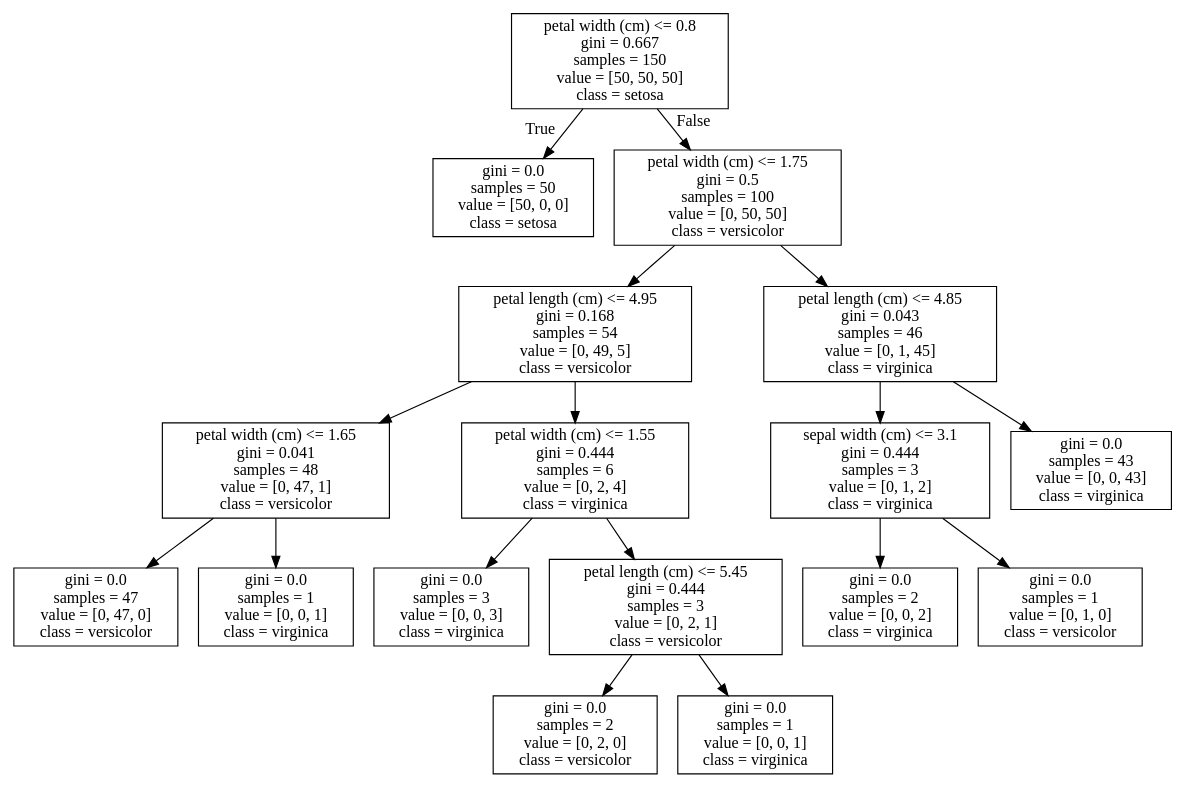
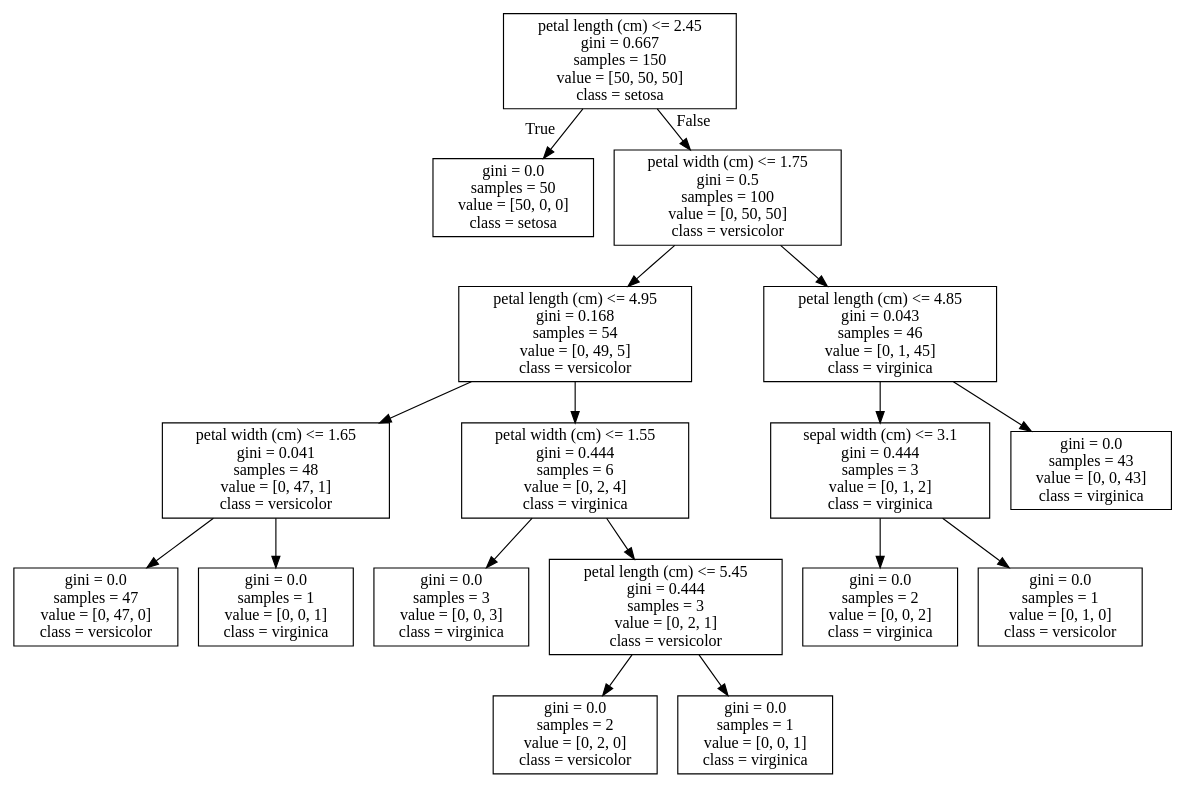
The diagram in pandas/tree.dot (IamZY/DataAnalysis), drawn with Graphviz before and after one commit. The commit also changed 1 other file, not shown here.

```diff
--- a/pandas/tree.dot
+++ b/pandas/tree.dot
@@ -1,36 +1,36 @@
 digraph Tree {
 node [shape=box] ;
-0 [label="petal width (cm) <= 0.8\ngini = 0.667\nsamples = 150\nvalue = [50, 50, 50]\nclass = setosa"] ;
+0 [label="petal length (cm) <= 2.45\ngini = 0.667\nsamples = 150\nvalue = [50, 50, 50]\nclass = setosa"] ;
 1 [label="gini = 0.0\nsamples = 50\nvalue = [50, 0, 0]\nclass = setosa"] ;
 0 -> 1 [labeldistance=2.5, labelangle=45, headlabel="True"] ;
 2 [label="petal width (cm) <= 1.75\ngini = 0.5\nsamples = 100\nvalue = [0, 50, 50]\nclass = versicolor"] ;
 0 -> 2 [labeldistance=2.5, labelangle=-45, headlabel="False"] ;
 3 [label="petal length (cm) <= 4.95\ngini = 0.168\nsamples = 54\nvalue = [0, 49, 5]\nclass = versicolor"] ;
 2 -> 3 ;
 4 [label="petal width (cm) <= 1.65\ngini = 0.041\nsamples = 48\nvalue = [0, 47, 1]\nclass = versicolor"] ;
 3 -> 4 ;
 5 [label="gini = 0.0\nsamples = 47\nvalue = [0, 47, 0]\nclass = versicolor"] ;
 4 -> 5 ;
 6 [label="gini = 0.0\nsamples = 1\nvalue = [0, 0, 1]\nclass = virginica"] ;
 4 -> 6 ;
 7 [label="petal width (cm) <= 1.55\ngini = 0.444\nsamples = 6\nvalue = [0, 2, 4]\nclass = virginica"] ;
 3 -> 7 ;
 8 [label="gini = 0.0\nsamples = 3\nvalue = [0, 0, 3]\nclass = virginica"] ;
 7 -> 8 ;
 9 [label="petal length (cm) <= 5.45\ngini = 0.444\nsamples = 3\nvalue = [0, 2, 1]\nclass = versicolor"] ;
 7 -> 9 ;
 10 [label="gini = 0.0\nsamples = 2\nvalue = [0, 2, 0]\nclass = versicolor"] ;
 9 -> 10 ;
 11 [label="gini = 0.0\nsamples = 1\nvalue = [0, 0, 1]\nclass = virginica"] ;
 9 -> 11 ;
 12 [label="petal length (cm) <= 4.85\ngini = 0.043\nsamples = 46\nvalue = [0, 1, 45]\nclass = virginica"] ;
 2 -> 12 ;
 13 [label="sepal width (cm) <= 3.1\ngini = 0.444\nsamples = 3\nvalue = [0, 1, 2]\nclass = virginica"] ;
 12 -> 13 ;
 14 [label="gini = 0.0\nsamples = 2\nvalue = [0, 0, 2]\nclass = virginica"] ;
 13 -> 14 ;
 15 [label="gini = 0.0\nsamples = 1\nvalue = [0, 1, 0]\nclass = versicolor"] ;
 13 -> 15 ;
 16 [label="gini = 0.0\nsamples = 43\nvalue = [0, 0, 43]\nclass = virginica"] ;
 12 -> 16 ;
 }
```
